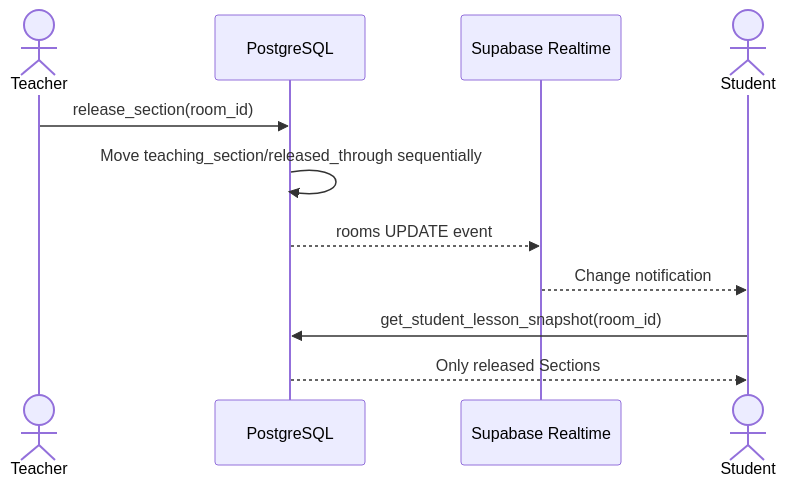
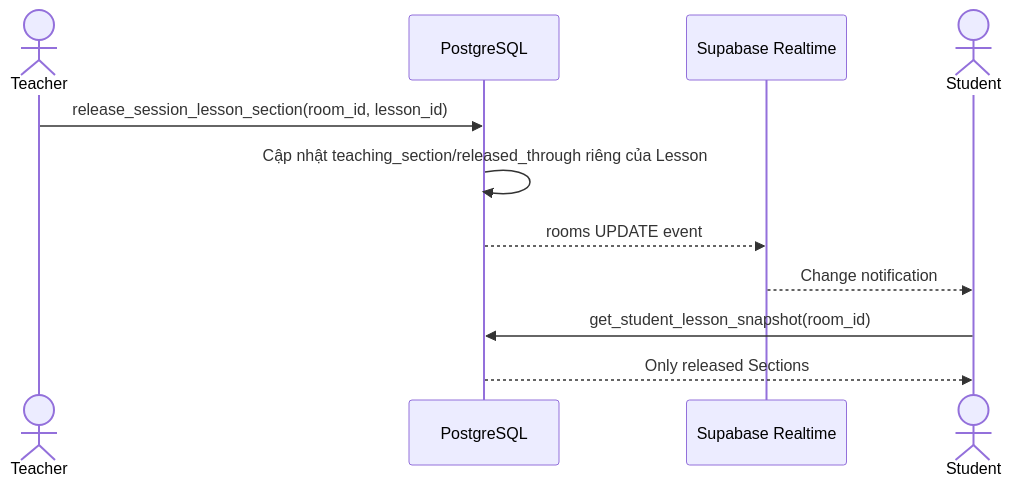
The fourth of 5 diagrams in document/TECHNICAL_DOCUMENTATION.md (duytuandao21/min-class), drawn with Mermaid before and after one commit. The commit also changed other lines of this file and 9 other files, not shown here.

````diff
--- a/document/TECHNICAL_DOCUMENTATION.md
+++ b/document/TECHNICAL_DOCUMENTATION.md
@@ -187,14 +192,14 @@
 ```mermaid
 sequenceDiagram
     actor Teacher
     participant DB as PostgreSQL
     participant RT as Supabase Realtime
     actor Student
 
-    Teacher->>DB: release_section(room_id)
-    DB->>DB: Move teaching_section/released_through sequentially
+    Teacher->>DB: release_session_lesson_section(room_id, lesson_id)
+    DB->>DB: Cập nhật teaching_section/released_through riêng của Lesson
     DB-->>RT: rooms UPDATE event
     RT-->>Student: Change notification
     Student->>DB: get_student_lesson_snapshot(room_id)
     DB-->>Student: Only released Sections
 ```
````
